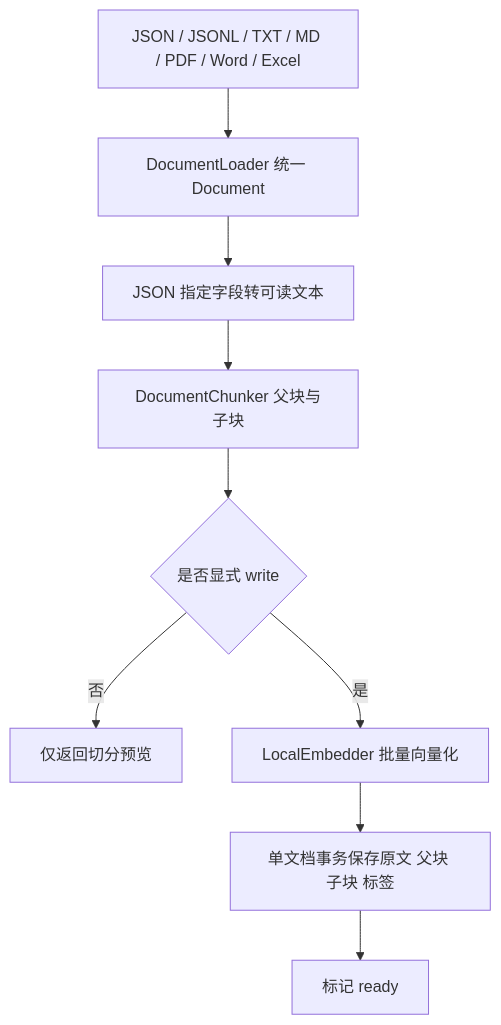
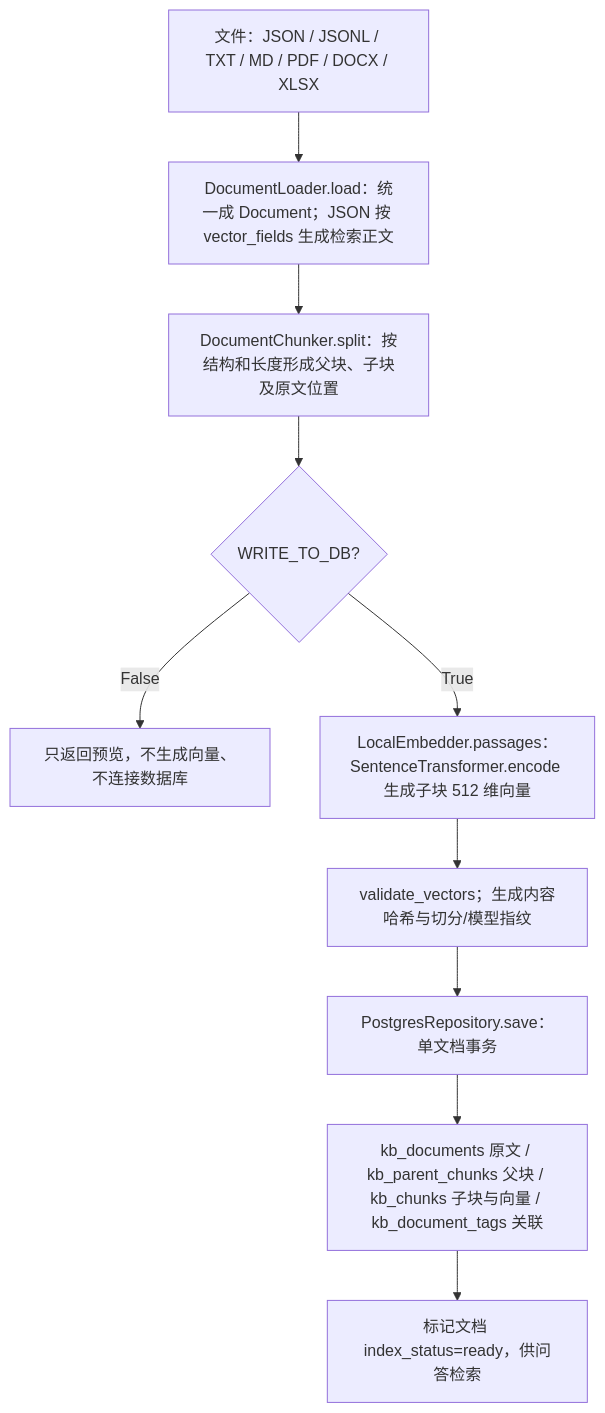
The first of 2 diagrams in docs/02-architecture.md (uranuschen/ai-study), drawn with Mermaid before and after one commit. The commit also changed other lines of this file and 1 other file, not shown here.

Commit message:
+工作流流程图

````diff
--- a/docs/02-architecture.md
+++ b/docs/02-architecture.md
@@ -7,11 +11,12 @@
 ```mermaid
 flowchart TD
-    A[JSON / JSONL / TXT / MD / PDF / Word / Excel] --> B[DocumentLoader 统一 Document]
-    B --> C[JSON 指定字段转可读文本]
-    C --> D[DocumentChunker 父块与子块]
-    D --> E{是否显式 write}
-    E -->|否| F[仅返回切分预览]
-    E -->|是| G[LocalEmbedder 批量向量化]
-    G --> H[单文档事务保存原文 父块 子块 标签]
-    H --> I[标记 ready]
+    A["文件：JSON / JSONL / TXT / MD / PDF / DOCX / XLSX"] --> B["DocumentLoader.load：统一成 Document；JSON 按 vector_fields 生成检索正文"]
+    B --> C["DocumentChunker.split：按结构和长度形成父块、子块及原文位置"]
+    C --> D{"WRITE_TO_DB?"}
+    D -->|False| E["只返回预览，不生成向量、不连接数据库"]
+    D -->|True| F["LocalEmbedder.passages：SentenceTransformer.encode 生成子块 512 维向量"]
+    F --> G["validate_vectors；生成内容哈希与切分/模型指纹"]
+    G --> H["PostgresRepository.save：单文档事务"]
+    H --> I["kb_documents 原文 / kb_parent_chunks 父块 / kb_chunks 子块与向量 / kb_document_tags 关联"]
+    I --> J["标记文档 index_status=ready，供问答检索"]
 ```
````
